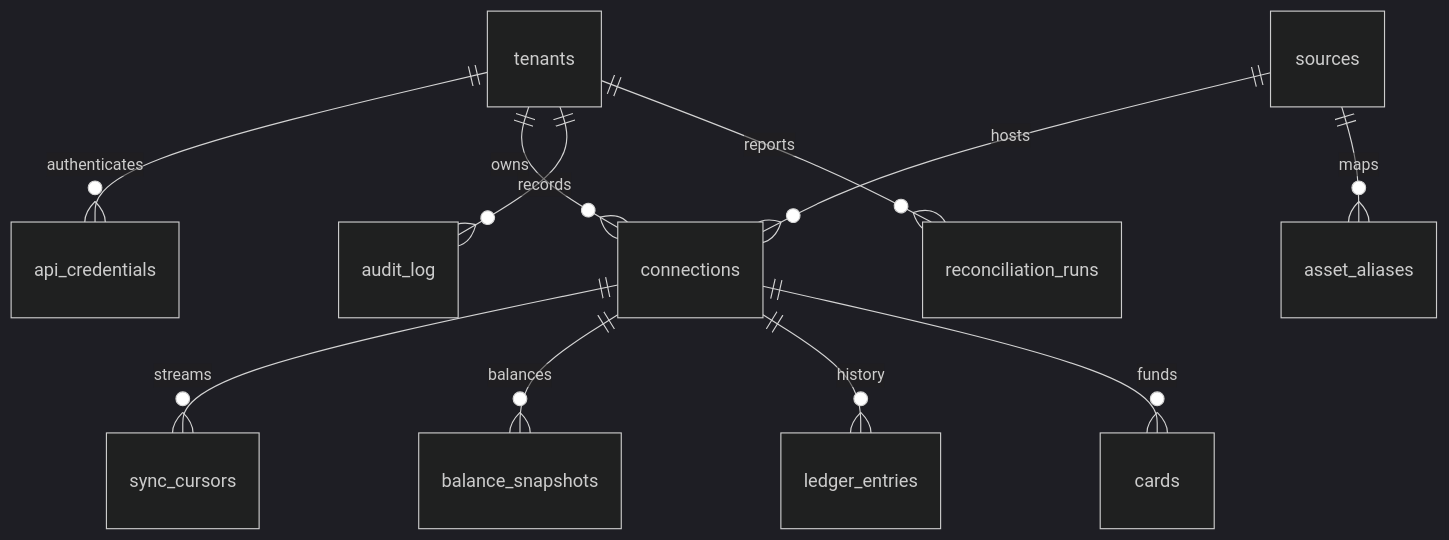
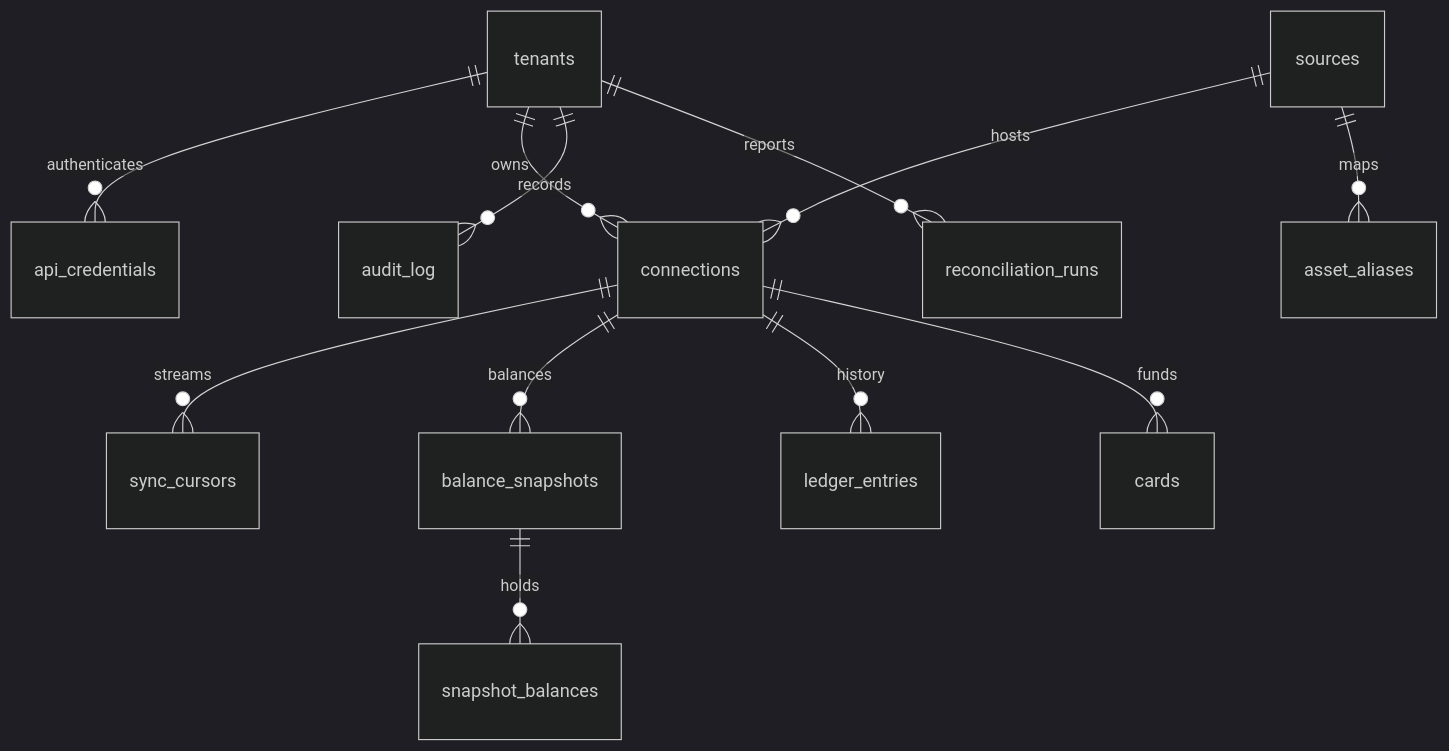
Before and after one commit to DigitLock/crypto-account-service: the third of 3 diagrams in docs/srs/core.md, drawn with Mermaid (dark theme). The commit also changed other lines of this file and 9 other files, not shown here.

````diff
--- a/docs/srs/core.md
+++ b/docs/srs/core.md
@@ -611,13 +720,14 @@
 ```mermaid
 erDiagram
     tenants ||--o{ api_credentials : "authenticates"
     tenants ||--o{ connections : "owns"
     sources ||--o{ connections : "hosts"
     sources ||--o{ asset_aliases : "maps"
     connections ||--o{ sync_cursors : "streams"
     connections ||--o{ balance_snapshots : "balances"
+    balance_snapshots ||--o{ snapshot_balances : "holds"
     connections ||--o{ ledger_entries : "history"
     connections ||--o{ cards : "funds"
     tenants ||--o{ audit_log : "records"
     tenants ||--o{ reconciliation_runs : "reports"
 ```
````
